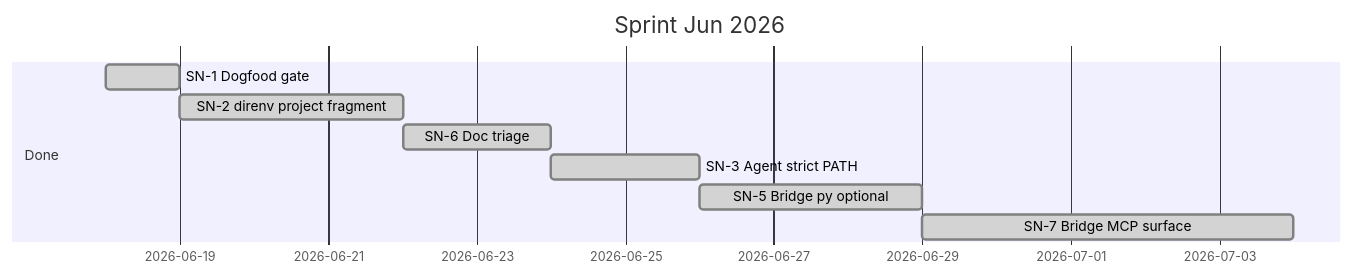
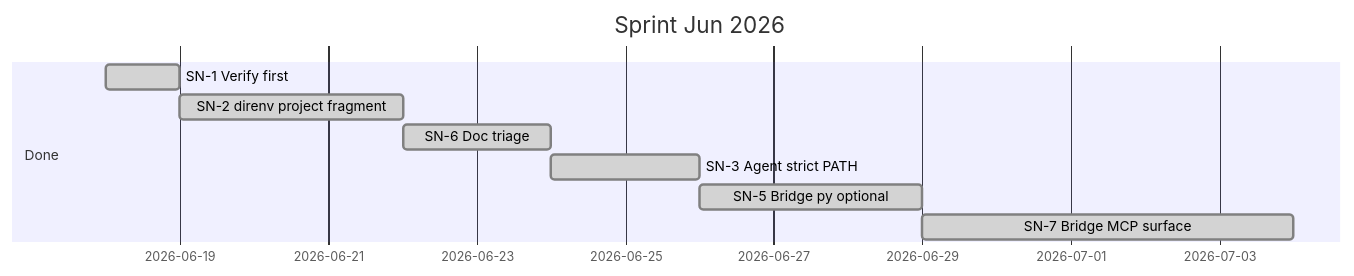
One commit to p10ns11y/shellyxz.sh changed the first of 7 diagrams in planned-features/done/sprint-jun-2026-pr8.md. Above: the diagram before and after it, drawn with Mermaid. The commit also changed other lines of this file and 19 other files, not shown here.

````diff
--- a/planned-features/done/sprint-jun-2026-pr8.md
+++ b/planned-features/done/sprint-jun-2026-pr8.md
@@ -27,12 +27,12 @@
 ```mermaid
 gantt
   title Sprint Jun 2026
   dateFormat YYYY-MM-DD
   section Done
-  SN-1 Dogfood gate           :done, sn1, 2026-06-18, 1d
+  SN-1 Verify first            :done, sn1, 2026-06-18, 1d
   SN-2 direnv project fragment :done, sn2, 2026-06-19, 3d
   SN-6 Doc triage             :done, sn6, after sn2, 2d
   SN-3 Agent strict PATH      :done, sn3, after sn6, 2d
   SN-5 Bridge py optional      :done, sn5, after sn3, 3d
   SN-7 Bridge MCP surface      :done, sn7, after sn5, 5d
 ```
````
